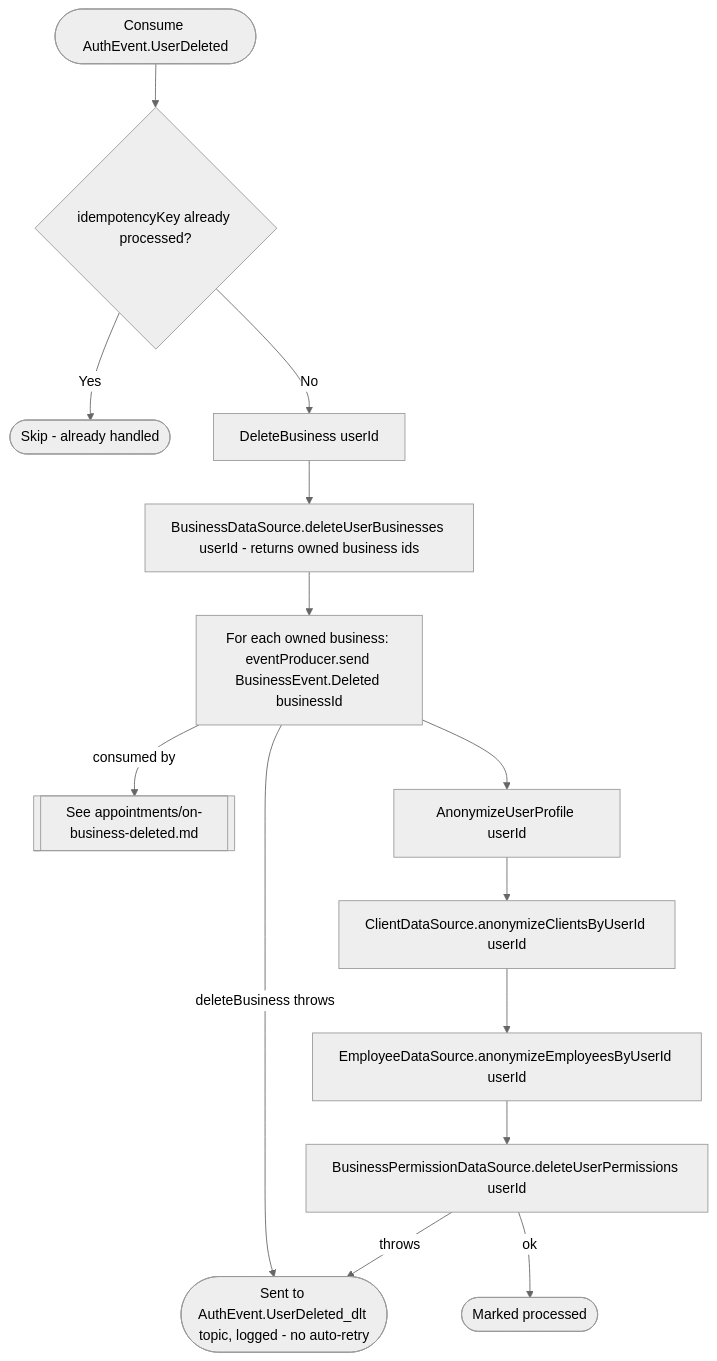
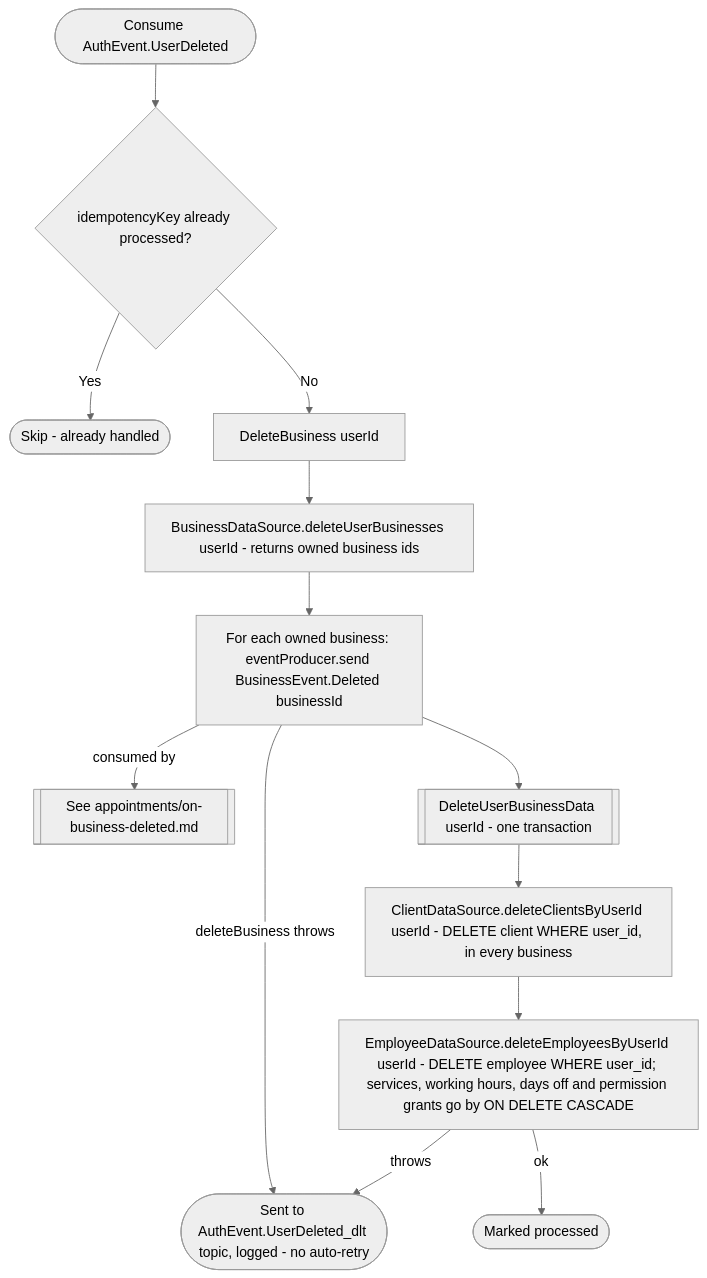
Before and after one commit to nocturneproperties/bookkme: the diagram in docs/operations/business/on-user-deleted.md, drawn with Mermaid (neutral theme). The commit also changed other lines of this file and 164 other files, not shown here.

````diff
--- a/docs/operations/business/on-user-deleted.md
+++ b/docs/operations/business/on-user-deleted.md
@@ -13,16 +19,15 @@
 ```mermaid
 flowchart TD
     Start([Consume AuthEvent.UserDeleted]) --> Dedup{idempotencyKey already processed?}
     Dedup -- Yes --> Skip([Skip - already handled])
     Dedup -- No --> DeleteBiz[DeleteBusiness userId]
     DeleteBiz --> GetBiz[BusinessDataSource.deleteUserBusinesses userId - returns owned business ids]
     GetBiz --> Loop[For each owned business: eventProducer.send BusinessEvent.Deleted businessId]
     Loop -- consumed by --> Downstream[[See appointments/on-business-deleted.md]]
     Loop -- deleteBusiness throws --> Dlt([Sent to AuthEvent.UserDeleted_dlt topic, logged - no auto-retry])
-    Loop --> Anonymize[AnonymizeUserProfile userId]
-    Anonymize --> AnonClients[ClientDataSource.anonymizeClientsByUserId userId]
-    AnonClients --> AnonEmployees[EmployeeDataSource.anonymizeEmployeesByUserId userId]
-    AnonEmployees --> DelPerm[BusinessPermissionDataSource.deleteUserPermissions userId]
-    DelPerm -- throws --> Dlt
-    DelPerm -- ok --> Ack([Marked processed])
+    Loop --> DeleteData[[DeleteUserBusinessData userId - one transaction]]
+    DeleteData --> DelClients["ClientDataSource.deleteClientsByUserId userId - DELETE client WHERE user_id, in every business"]
+    DelClients --> DelEmployees["EmployeeDataSource.deleteEmployeesByUserId userId - DELETE employee WHERE user_id; services, working hours, days off and permission grants go by ON DELETE CASCADE"]
+    DelEmployees -- throws --> Dlt
+    DelEmployees -- ok --> Ack([Marked processed])
 ```
````
